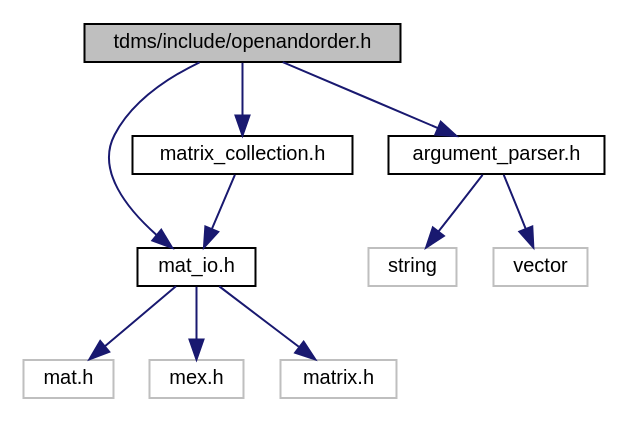
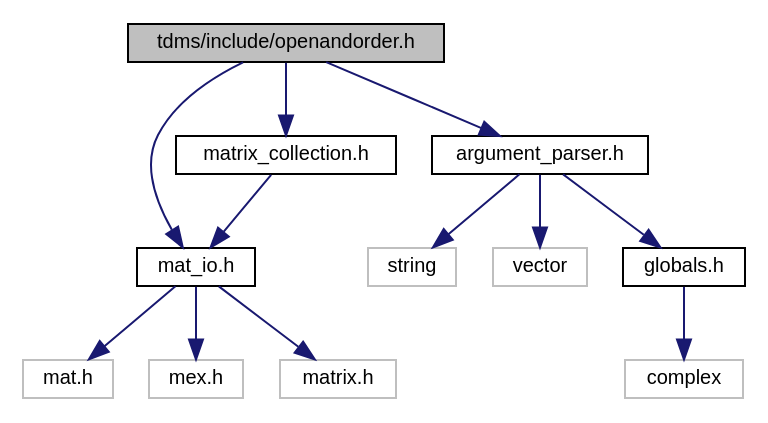
The diagram in openandorder_8h__incl.dot (UCL/TDMS), drawn with Graphviz before and after one commit. The commit also changed 104 other files, not shown here.

```diff
--- a/openandorder_8h__incl.dot
+++ b/openandorder_8h__incl.dot
@@ -1,24 +1,28 @@
 digraph "tdms/include/openandorder.h"
 {
  // LATEX_PDF_SIZE
   edge [fontname="Helvetica",fontsize="10",labelfontname="Helvetica",labelfontsize="10"];
   node [fontname="Helvetica",fontsize="10",shape=record];
   Node1 [label="tdms/include/openandorder.h",height=0.2,width=0.4,color="black", fillcolor="grey75", style="filled", fontcolor="black",tooltip="Launch TDMS and file IO."];
   Node1 -> Node2 [color="midnightblue",fontsize="10",style="solid",fontname="Helvetica"];
   Node2 [label="mat_io.h",height=0.2,width=0.4,color="black", fillcolor="white", style="filled",URL="$mat__io_8h.html",tooltip="Includes MATLAB headers for I/O."];
   Node2 -> Node3 [color="midnightblue",fontsize="10",style="solid",fontname="Helvetica"];
   Node3 [label="mat.h",height=0.2,width=0.4,color="grey75", fillcolor="white", style="filled",tooltip=" "];
   Node2 -> Node4 [color="midnightblue",fontsize="10",style="solid",fontname="Helvetica"];
   Node4 [label="mex.h",height=0.2,width=0.4,color="grey75", fillcolor="white", style="filled",tooltip=" "];
   Node2 -> Node5 [color="midnightblue",fontsize="10",style="solid",fontname="Helvetica"];
   Node5 [label="matrix.h",height=0.2,width=0.4,color="grey75", fillcolor="white", style="filled",tooltip=" "];
   Node1 -> Node6 [color="midnightblue",fontsize="10",style="solid",fontname="Helvetica"];
   Node6 [label="argument_parser.h",height=0.2,width=0.4,color="black", fillcolor="white", style="filled",URL="$argument__parser_8h.html",tooltip="Parse the command line options."];
   Node6 -> Node7 [color="midnightblue",fontsize="10",style="solid",fontname="Helvetica"];
   Node7 [label="string",height=0.2,width=0.4,color="grey75", fillcolor="white", style="filled",tooltip=" "];
   Node6 -> Node8 [color="midnightblue",fontsize="10",style="solid",fontname="Helvetica"];
   Node8 [label="vector",height=0.2,width=0.4,color="grey75", fillcolor="white", style="filled",tooltip=" "];
-  Node1 -> Node9 [color="midnightblue",fontsize="10",style="solid",fontname="Helvetica"];
-  Node9 [label="matrix_collection.h",height=0.2,width=0.4,color="black", fillcolor="white", style="filled",URL="$matrix__collection_8h.html",tooltip="A collection of named MATLAB matrices."];
-  Node9 -> Node2 [color="midnightblue",fontsize="10",style="solid",fontname="Helvetica"];
+  Node6 -> Node9 [color="midnightblue",fontsize="10",style="solid",fontname="Helvetica"];
+  Node9 [label="globals.h",height=0.2,width=0.4,color="black", fillcolor="white", style="filled",URL="$globals_8h.html",tooltip="Type definitions and global constants."];
+  Node9 -> Node10 [color="midnightblue",fontsize="10",style="solid",fontname="Helvetica"];
+  Node10 [label="complex",height=0.2,width=0.4,color="grey75", fillcolor="white", style="filled",tooltip=" "];
+  Node1 -> Node11 [color="midnightblue",fontsize="10",style="solid",fontname="Helvetica"];
+  Node11 [label="matrix_collection.h",height=0.2,width=0.4,color="black", fillcolor="white", style="filled",URL="$matrix__collection_8h.html",tooltip="A collection of named MATLAB matrices."];
+  Node11 -> Node2 [color="midnightblue",fontsize="10",style="solid",fontname="Helvetica"];
 }
```
